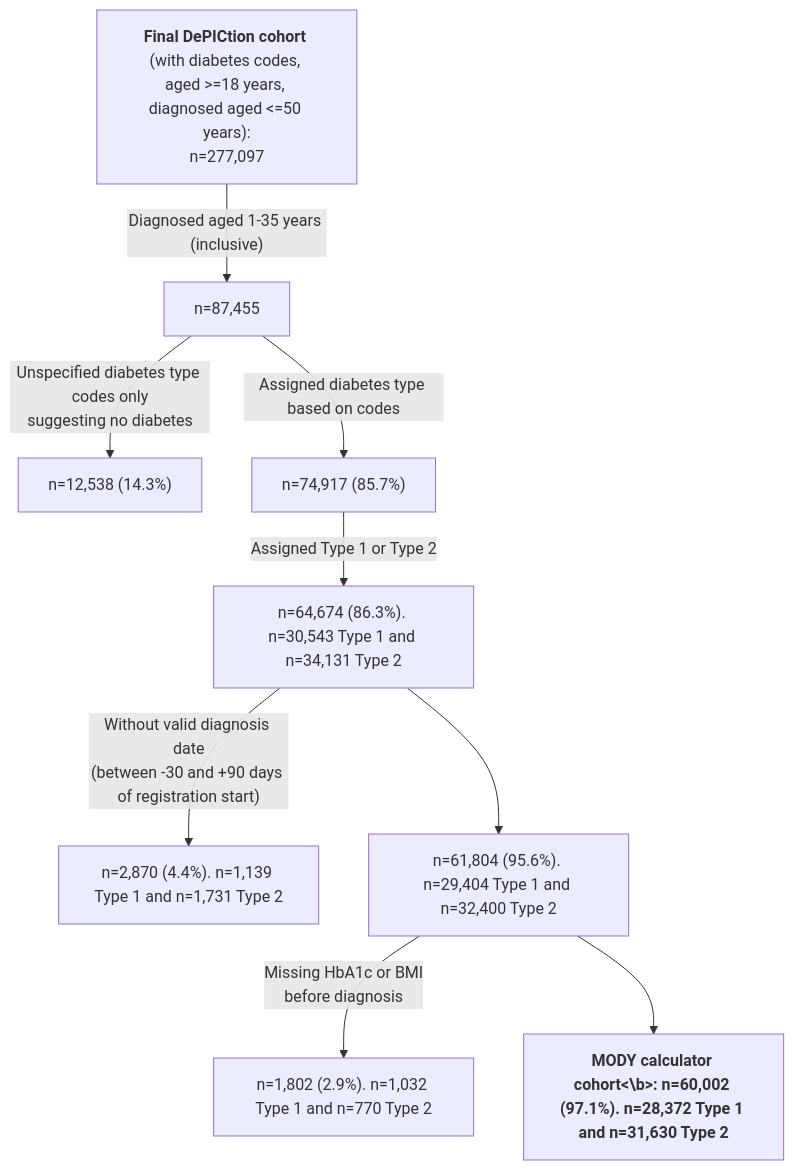
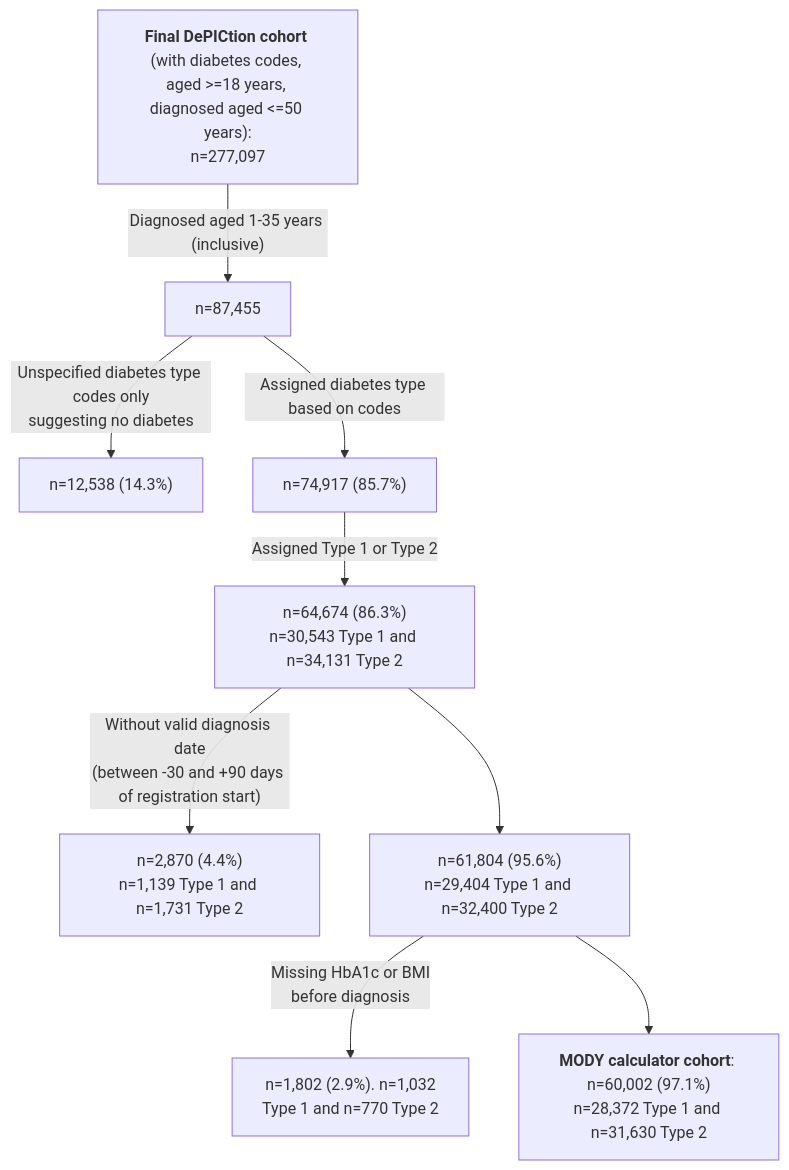
Before and after one commit to Exeter-Diabetes/CPRD-Katie-DePICtion-Scripts: the third of 4 diagrams in README.md, drawn with Mermaid.

````diff
--- a/README.md
+++ b/README.md
@@ -87,13 +87,13 @@
 ```mermaid
 graph TD;
     A["<b>Final DePICtion cohort</b> (with diabetes codes, <br>aged >=18 years, diagnosed aged <=50 years):<br>n=277,097"] --> |"Diagnosed aged 1-35 years (inclusive)"| B["n=87,455"]
     B --> |"Unspecified diabetes type codes only<br>suggesting no diabetes"| C["n=12,538 (14.3%)"]
     B --> |"Assigned diabetes type based on codes"| D["n=74,917 (85.7%)"]
-    D --> |"Assigned Type 1 or Type 2"| E["n=64,674 (86.3%). n=30,543 Type 1 and n=34,131 Type 2"]
-    E --> |"Without valid diagnosis date<br>(between -30 and +90 days of registration start)"| F["n=2,870 (4.4%). n=1,139 Type 1 and n=1,731 Type 2"]
-    E --> G["n=61,804 (95.6%). n=29,404 Type 1 and n=32,400 Type 2"]
-    G --> |"Missing HbA1c or BMI<br>before diagnosis"|H["n=1,802 (2.9%). n=1,032 Type 1 and n=770 Type 2"]
-    G --> I["<b>MODY calculator cohort<\b>: n=60,002 (97.1%). n=28,372 Type 1 and n=31,630 Type 2"]
+    D --> |"Assigned Type 1 or Type 2"| E["n=64,674 (86.3%)<br>n=30,543 Type 1 and n=34,131 Type 2"]
+    E --> |"Without valid diagnosis date<br>(between -30 and +90 days of registration start)"| F["n=2,870 (4.4%)<br>n=1,139 Type 1 and n=1,731 Type 2"]
+    E --> G["n=61,804 (95.6%)<br>n=29,404 Type 1 and n=32,400 Type 2"]
+    G --> |"Missing HbA1c or BMI<br>before diagnosis"|H["n=1,802 (2.9%). n=1,032<br>Type 1 and n=770 Type 2"]
+    G --> I["<b>MODY calculator cohort</b>: n=60,002 (97.1%)<br>n=28,372 Type 1 and n=31,630 Type 2"]
    
    
 ```
````
